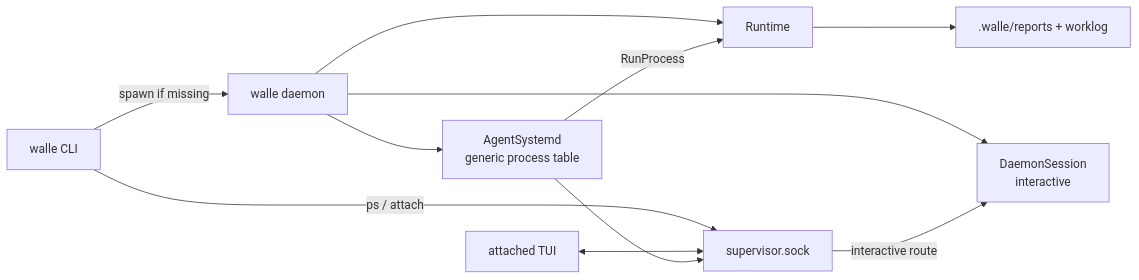
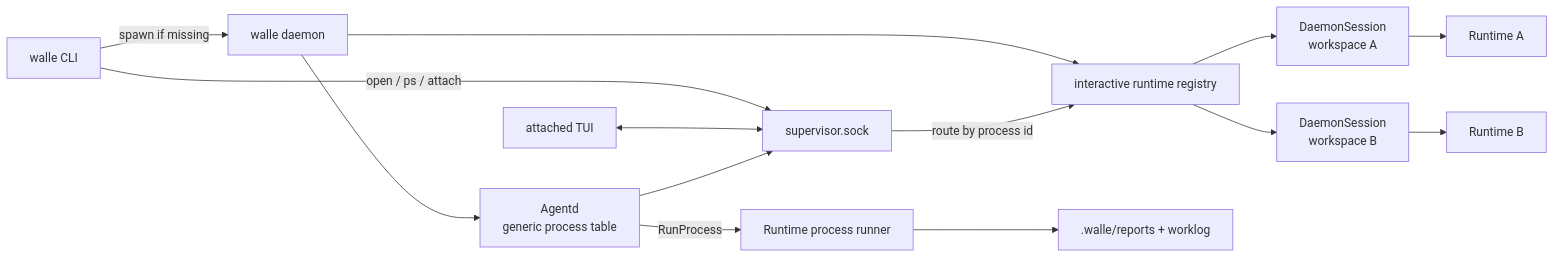
Before and after one commit to Ozqi/5hAgent: the diagram in .spec/diagrams/walle-daemon-control.mmd, drawn with Mermaid. The commit also changed 43 other files, not shown here.

Commit message:
refactor(runtime): rename supervisor to agentd

```diff
--- a/.spec/diagrams/walle-daemon-control.mmd
+++ b/.spec/diagrams/walle-daemon-control.mmd
@@ -1,12 +1,15 @@
 %% 事实源: .spec/diagrams/walle-architecture-topology.json view_daemon_control
 flowchart LR
   CLI["walle CLI"] -->|spawn if missing| Daemon["walle daemon"]
-  CLI -->|ps / attach| Socket["supervisor.sock"]
+  CLI -->|open / ps / attach| Socket["supervisor.sock"]
   TUI["attached TUI"] <--> Socket
-  Daemon --> Runtime["Runtime"]
-  Daemon --> Session["DaemonSession\ninteractive"]
-  Daemon --> Systemd["AgentSystemd\ngeneric process table"]
-  Systemd --> Socket
-  Socket -->|interactive route| Session
-  Systemd -->|RunProcess| Runtime
-  Runtime --> Output[".walle/reports + worklog"]
+  Daemon --> Registry["interactive runtime registry"]
+  Registry --> SessionA["DaemonSession\nworkspace A"]
+  Registry --> SessionB["DaemonSession\nworkspace B"]
+  SessionA --> RuntimeA["Runtime A"]
+  SessionB --> RuntimeB["Runtime B"]
+  Daemon --> Agentd["Agentd\ngeneric process table"]
+  Agentd --> Socket
+  Socket -->|route by process id| Registry
+  Agentd -->|RunProcess| RuntimeProc["Runtime process runner"]
+  RuntimeProc --> Output[".walle/reports + worklog"]
```
